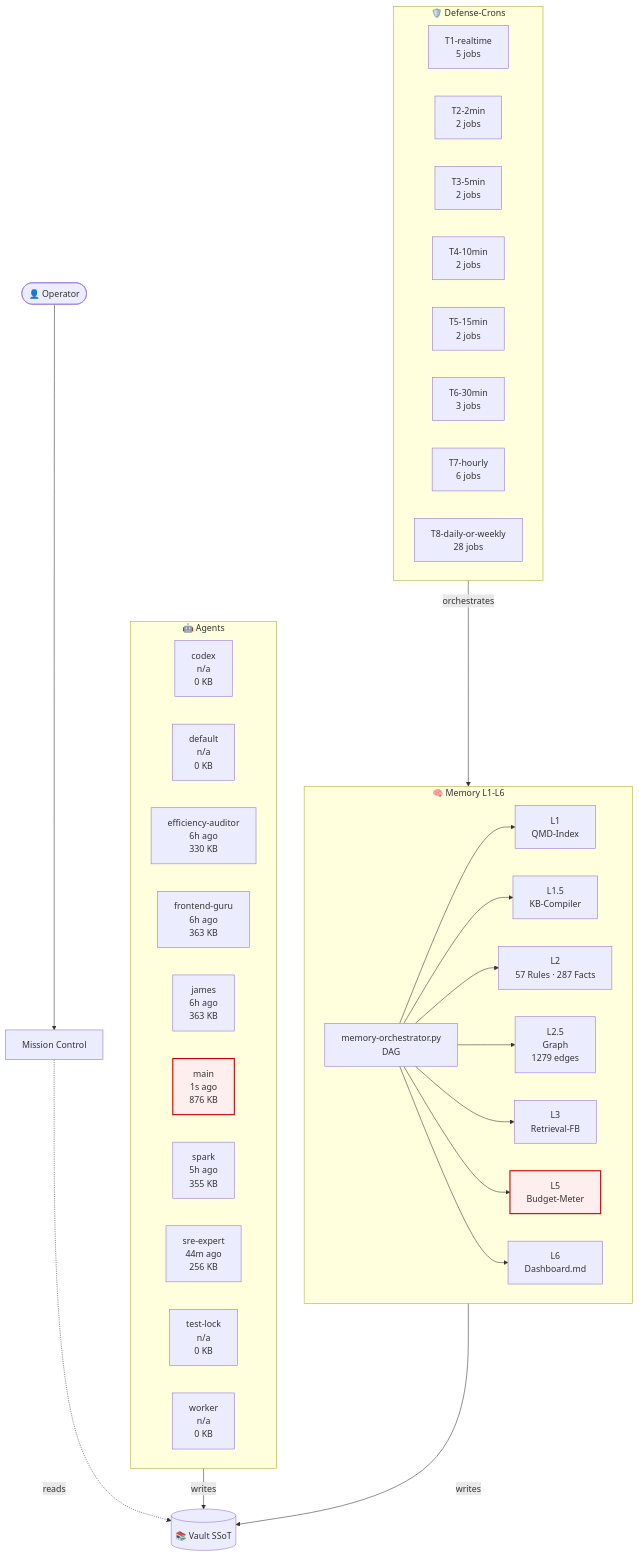
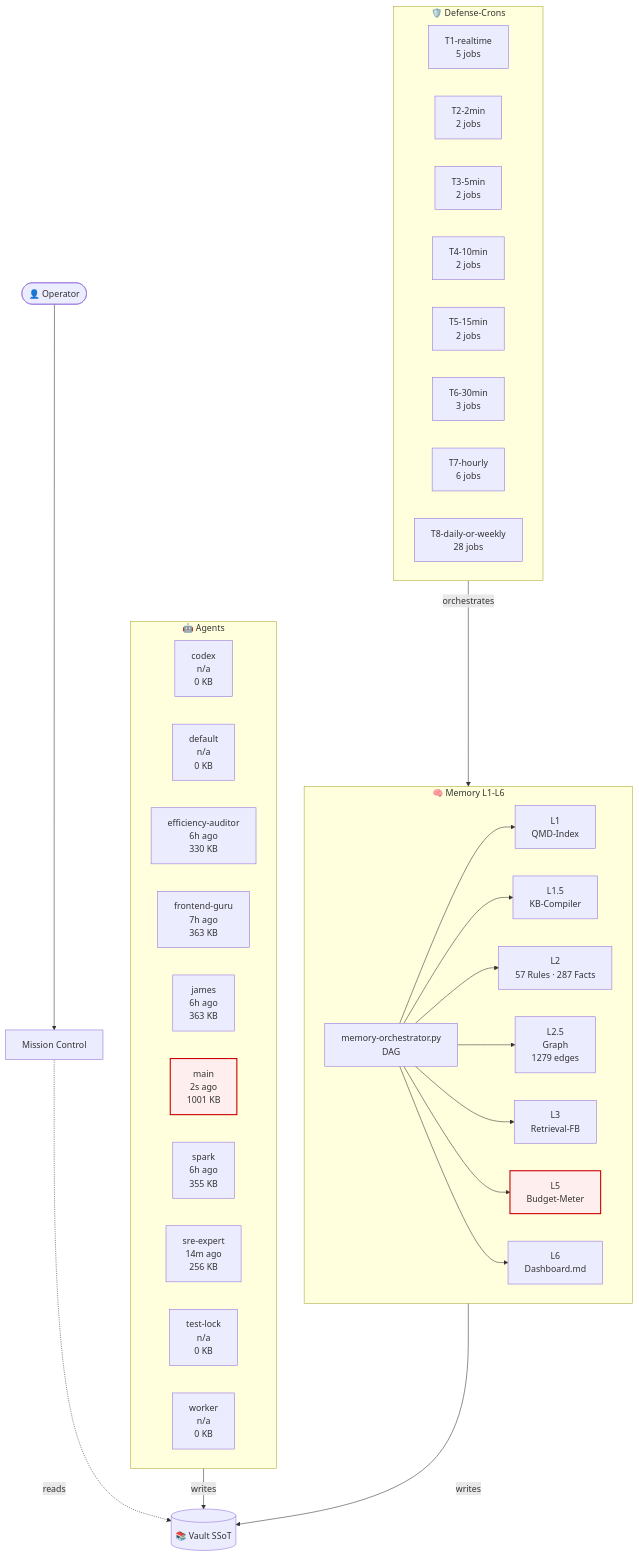
One commit to lenardhuebner88-rgb/openclaw-memory changed the diagram in 03-Agents/architecture-live.md. Above: the diagram before and after it, drawn with Mermaid. The commit also changed other lines of this file and 13 other files, not shown here.

````diff
--- a/03-Agents/architecture-live.md
+++ b/03-Agents/architecture-live.md
@@ -18,53 +18,53 @@
 ```mermaid
 flowchart TB
     classDef critical fill:#fee,stroke:#c00,stroke-width:2px;
     subgraph AGT["🤖 Agents"]
         agent_codex["codex<br/>n/a<br/>0 KB"]
         agent_default["default<br/>n/a<br/>0 KB"]
         agent_efficiency_auditor["efficiency-auditor<br/>6h ago<br/>330 KB"]
-        agent_frontend_guru["frontend-guru<br/>6h ago<br/>363 KB"]
+        agent_frontend_guru["frontend-guru<br/>7h ago<br/>363 KB"]
         agent_james["james<br/>6h ago<br/>363 KB"]
-        agent_main["main<br/>1s ago<br/>876 KB"]
-        agent_spark["spark<br/>5h ago<br/>355 KB"]
-        agent_sre_expert["sre-expert<br/>44m ago<br/>256 KB"]
+        agent_main["main<br/>2s ago<br/>1001 KB"]
+        agent_spark["spark<br/>6h ago<br/>355 KB"]
+        agent_sre_expert["sre-expert<br/>14m ago<br/>256 KB"]
         agent_test_lock["test-lock<br/>n/a<br/>0 KB"]
         agent_worker["worker<br/>n/a<br/>0 KB"]
     end
     subgraph MEM["🧠 Memory L1-L6"]
         L1["L1<br/>QMD-Index"]
         L15["L1.5<br/>KB-Compiler"]
         L2["L2<br/>57 Rules · 287 Facts"]
         L25["L2.5<br/>Graph<br/>1279 edges"]
         L3["L3<br/>Retrieval-FB"]
         L5["L5<br/>Budget-Meter"]
         L6["L6<br/>Dashboard.md"]
         ORCH["memory-orchestrator.py<br/>DAG"]
     end
     subgraph CRN["🛡️ Defense-Crons"]
         tier_T1_realtime["T1-realtime<br/>5 jobs"]
         tier_T2_2min["T2-2min<br/>2 jobs"]
         tier_T3_5min["T3-5min<br/>2 jobs"]
         tier_T4_10min["T4-10min<br/>2 jobs"]
         tier_T5_15min["T5-15min<br/>2 jobs"]
         tier_T6_30min["T6-30min<br/>3 jobs"]
         tier_T7_hourly["T7-hourly<br/>6 jobs"]
         tier_T8_daily_or_weekly["T8-daily-or-weekly<br/>28 jobs"]
     end
     VAULT[("📚 Vault SSoT")]
     OP([👤 Operator])
     MC["Mission Control"]
     OP --> MC
     MC -.reads.-> VAULT
     AGT -->|writes| VAULT
     MEM -->|writes| VAULT
     ORCH --> L1
     ORCH --> L15
     ORCH --> L2
     ORCH --> L25
     ORCH --> L3
     ORCH --> L5
     ORCH --> L6
     CRN -->|orchestrates| MEM
     class L5 critical
     class agent_main critical
 ```
````
